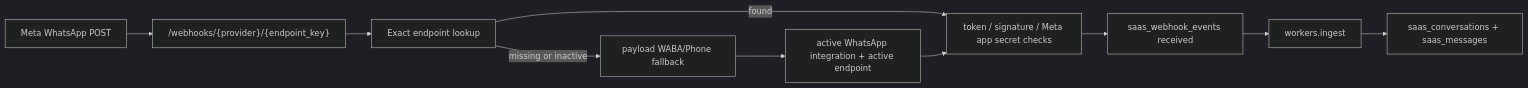
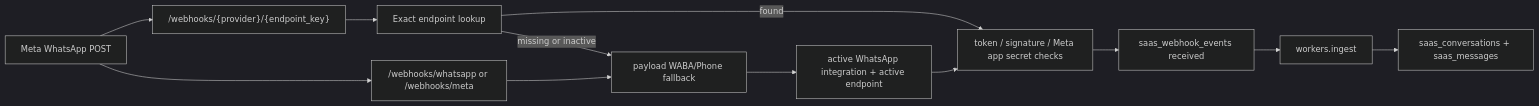
The third of 24 diagrams in architecture/API_FLOW.md (juampa1329-debug/verane-whatsapp-ai), drawn with Mermaid (dark theme) before and after one commit. The commit also changed other lines of this file and 7 other files, not shown here.

Commit message:
docs: record whatsapp legacy webhook compatibility

````diff
--- a/architecture/API_FLOW.md
+++ b/architecture/API_FLOW.md
@@ -50,12 +50,14 @@
 ```mermaid
 flowchart LR
   Meta["Meta WhatsApp POST"] --> Route["/webhooks/{provider}/{endpoint_key}"]
+  Meta --> Legacy["/webhooks/whatsapp or /webhooks/meta"]
   Route --> Exact["Exact endpoint lookup"]
   Exact -->|found| Auth["token / signature / Meta app secret checks"]
   Exact -->|missing or inactive| Fallback["payload WABA/Phone fallback"]
+  Legacy --> Fallback
   Fallback --> Integration["active WhatsApp integration + active endpoint"]
   Integration --> Auth
   Auth --> Event["saas_webhook_events received"]
   Event --> Ingest["workers.ingest"]
   Ingest --> Inbox["saas_conversations + saas_messages"]
 ```
````
